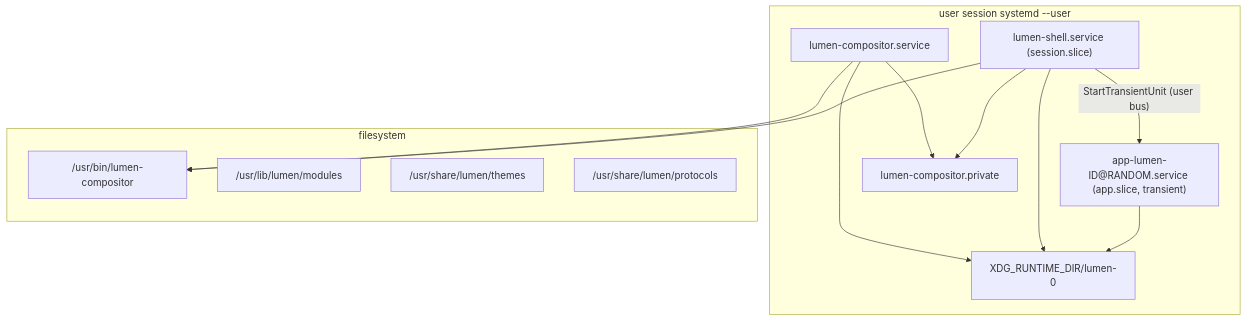
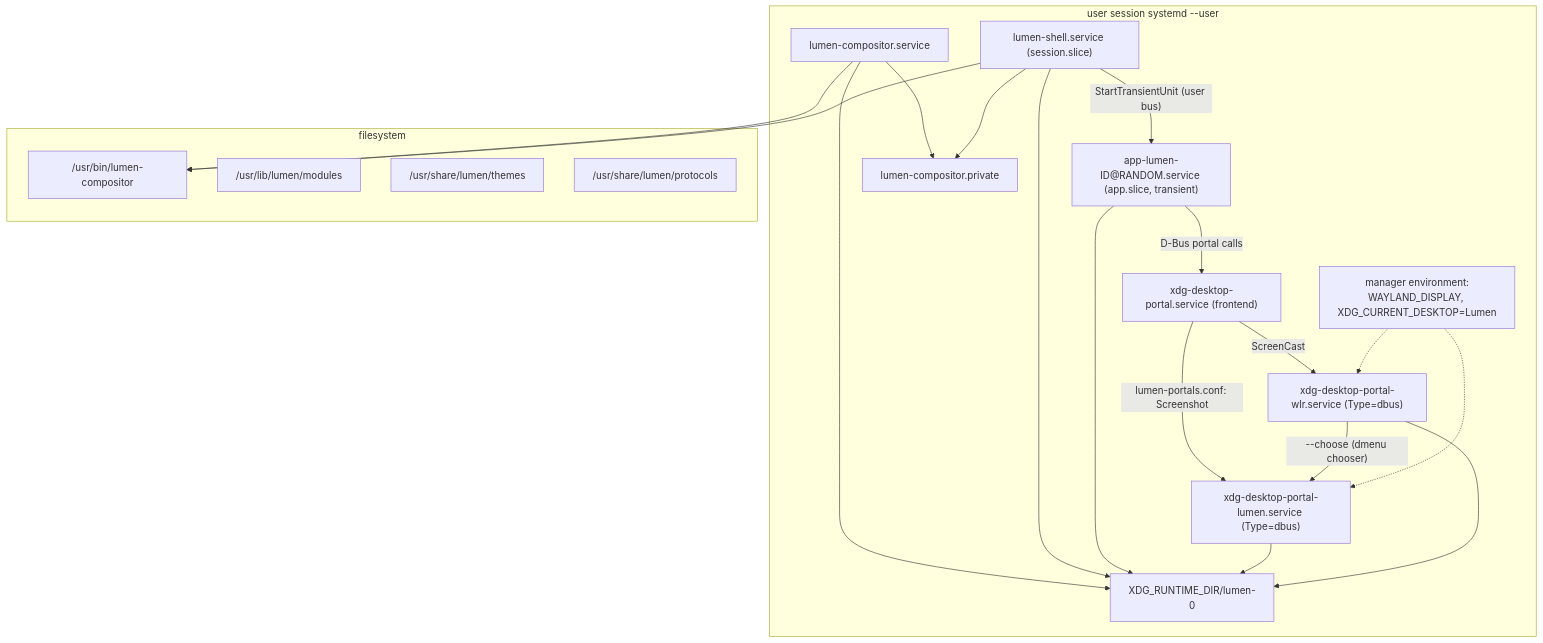
One commit to dimmus/lumen changed the diagram in docs/uml/17-systemd-deployment.mmd. Above: the diagram before and after it, drawn with Mermaid. The commit also changed 151 other files, not shown here.

```diff
--- a/docs/uml/17-systemd-deployment.mmd
+++ b/docs/uml/17-systemd-deployment.mmd
@@ -1,24 +1,36 @@
 flowchart TB
     subgraph Session["user session systemd --user"]
         U_COMP["lumen-compositor.service"]
         U_SHELL["lumen-shell.service (session.slice)"]
         U_APP["app-lumen-ID@RANDOM.service (app.slice, transient)"]
+        U_XDP["xdg-desktop-portal.service (frontend)"]
+        U_PL["xdg-desktop-portal-lumen.service (Type=dbus)"]
+        U_PW["xdg-desktop-portal-wlr.service (Type=dbus)"]
+        ENV["manager environment:<br/>WAYLAND_DISPLAY, XDG_CURRENT_DESKTOP=Lumen"]
         SK_WL["XDG_RUNTIME_DIR/lumen-0"]
         SK_PRIV["lumen-compositor.private"]
     end
 
     subgraph FS["filesystem"]
         BIN["/usr/bin/lumen-compositor"]
         MOD["/usr/lib/lumen/modules"]
         THEMES["/usr/share/lumen/themes"]
         PROT["/usr/share/lumen/protocols"]
     end
 
     U_COMP --> SK_WL
     U_COMP --> SK_PRIV
     U_SHELL --> SK_WL
     U_SHELL --> SK_PRIV
     U_COMP --> BIN
     U_SHELL --> BIN
     U_SHELL -->|"StartTransientUnit (user bus)"| U_APP
     U_APP --> SK_WL
+    U_APP -->|"D-Bus portal calls"| U_XDP
+    U_XDP -->|"lumen-portals.conf: Screenshot"| U_PL
+    U_XDP -->|"ScreenCast"| U_PW
+    U_PW -->|"--choose (dmenu chooser)"| U_PL
+    ENV -.-> U_PL
+    ENV -.-> U_PW
+    U_PL --> SK_WL
+    U_PW --> SK_WL
```
